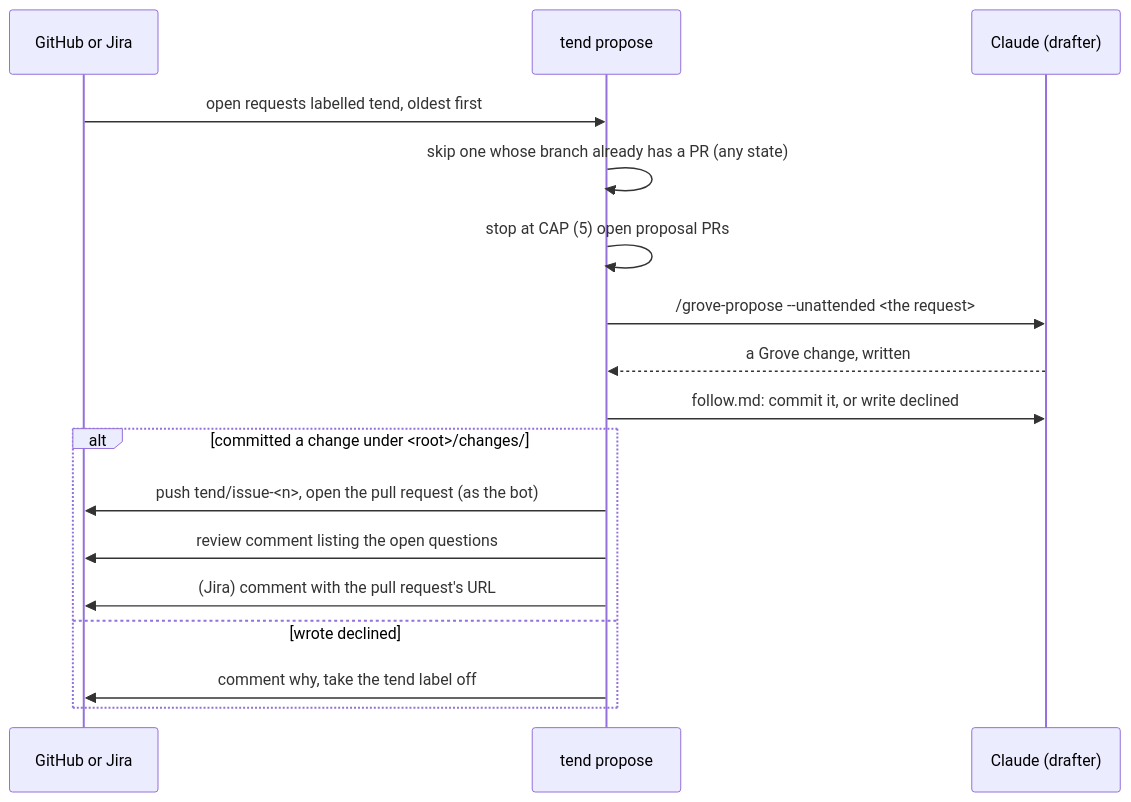
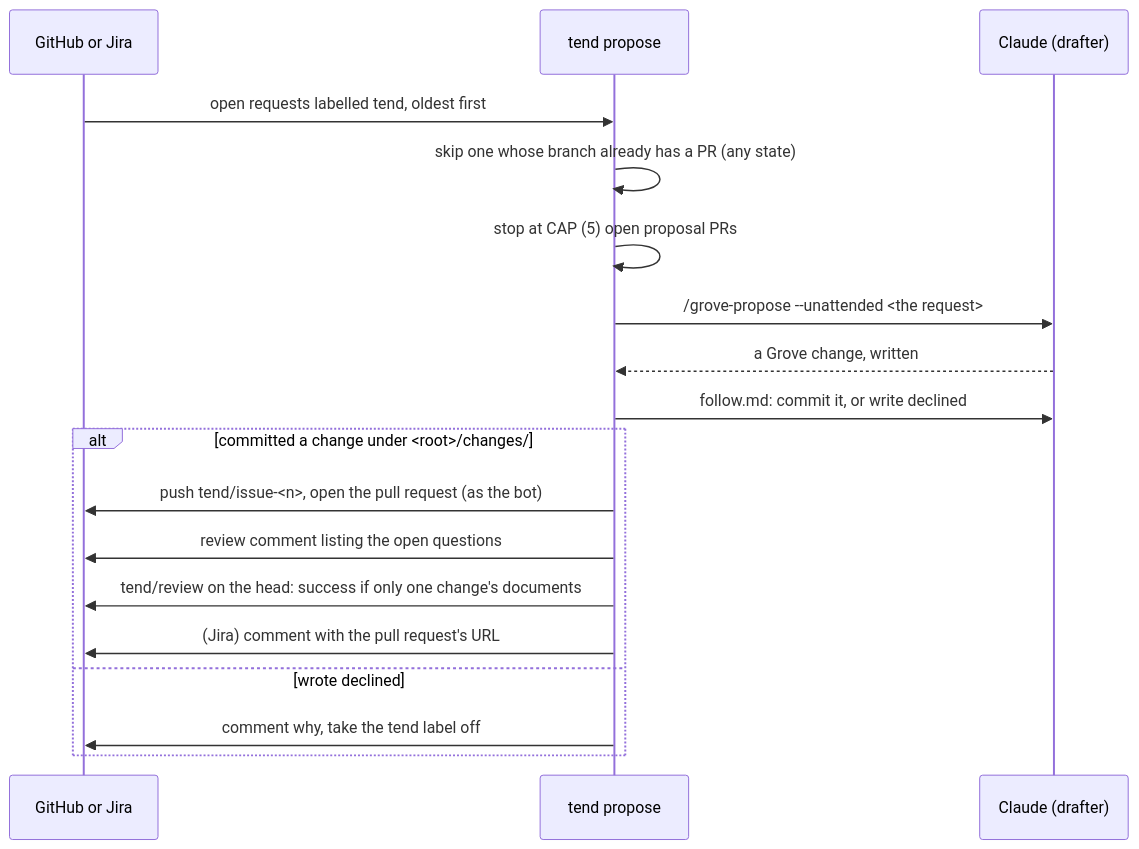
Before and after one commit to mascah/tend: the diagram in guide/concepts/intake.md, drawn with Mermaid. The commit also changed other lines of this file and 12 other files, not shown here.

````diff
--- a/guide/concepts/intake.md
+++ b/guide/concepts/intake.md
@@ -3,19 +3,20 @@
 ```mermaid
 sequenceDiagram
     participant GH as GitHub or Jira
     participant T as tend propose
     participant D as Claude (drafter)
     GH->>T: open requests labelled tend, oldest first
     T->>T: skip one whose branch already has a PR (any state)
     T->>T: stop at CAP (5) open proposal PRs
     T->>D: /grove-propose --unattended #lt;the request#gt;
     D-->>T: a Grove change, written
     T->>D: follow.md: commit it, or write declined
     alt committed a change under #lt;root#gt;/changes/
         T->>GH: push tend/issue-#lt;n#gt;, open the pull request (as the bot)
         T->>GH: review comment listing the open questions
+        T->>GH: tend/review on the head: success if only one change's documents
         T->>GH: (Jira) comment with the pull request's URL
     else wrote declined
         T->>GH: comment why, take the tend label off
     end
 ```
````
